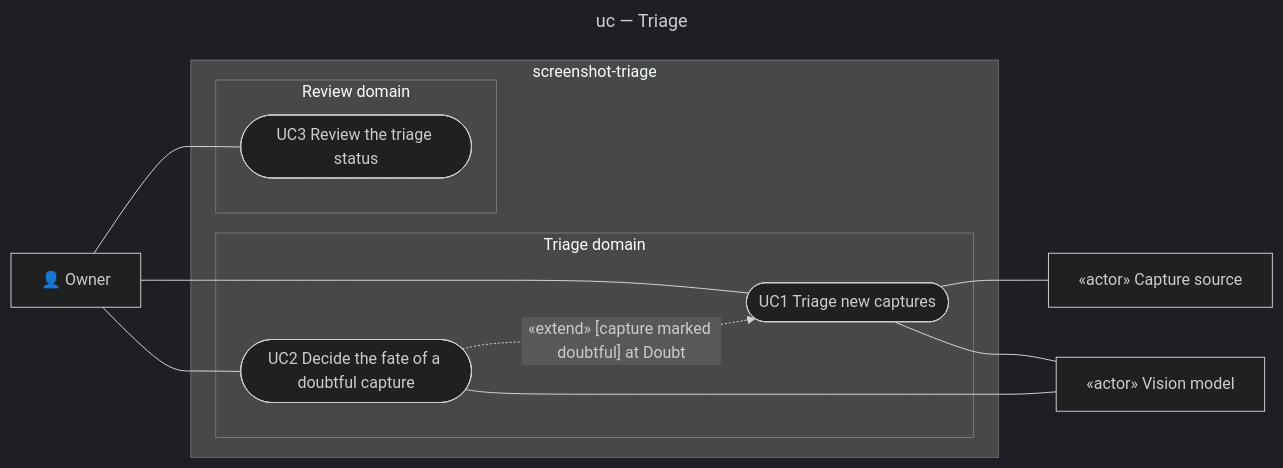
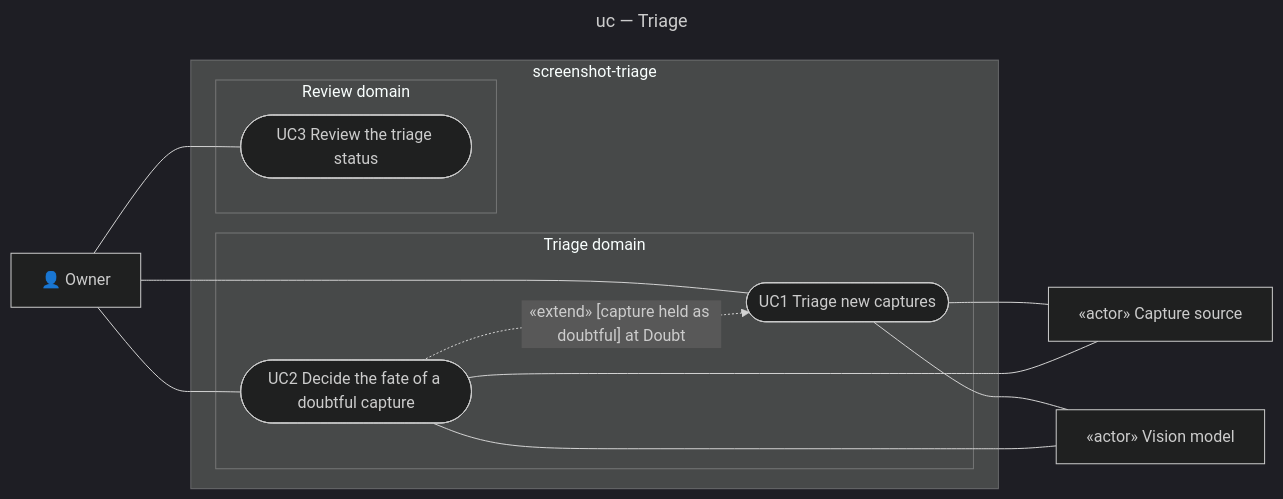
One commit to benoit-bremaud/screenshot-triage changed the diagram in docs/architecture/diagrams/triage/01-use-case.md. Above: the diagram before and after it, drawn with Mermaid (dark theme). The commit also changed other lines of this file and 14 other files, not shown here.

First line of the commit message:
docs(triage/architecture): fix the review findings on the triage study

````diff
--- a/docs/architecture/diagrams/triage/01-use-case.md
+++ b/docs/architecture/diagrams/triage/01-use-case.md
@@ -13,25 +14,26 @@
 ```mermaid
 ---
 title: uc — Triage
 ---
 flowchart LR
   Owner["👤 Owner"]
   Source["«actor» Capture source"]
   Model["«actor» Vision model"]
   subgraph SUBJECT ["screenshot-triage"]
     subgraph Triage ["Triage domain"]
       UC1(["UC1 Triage new captures"])
       UC2(["UC2 Decide the fate of a doubtful capture"])
     end
     subgraph Review ["Review domain"]
       UC3(["UC3 Review the triage status"])
     end
   end
   Owner --- UC1
   Owner --- UC2
   Owner --- UC3
   UC1 --- Source
   UC1 --- Model
+  UC2 --- Source
   UC2 --- Model
-  UC2 -.->|"«extend» [capture marked doubtful] at Doubt"| UC1
+  UC2 -.->|"«extend» [capture held as doubtful] at Doubt"| UC1
 ```
````
